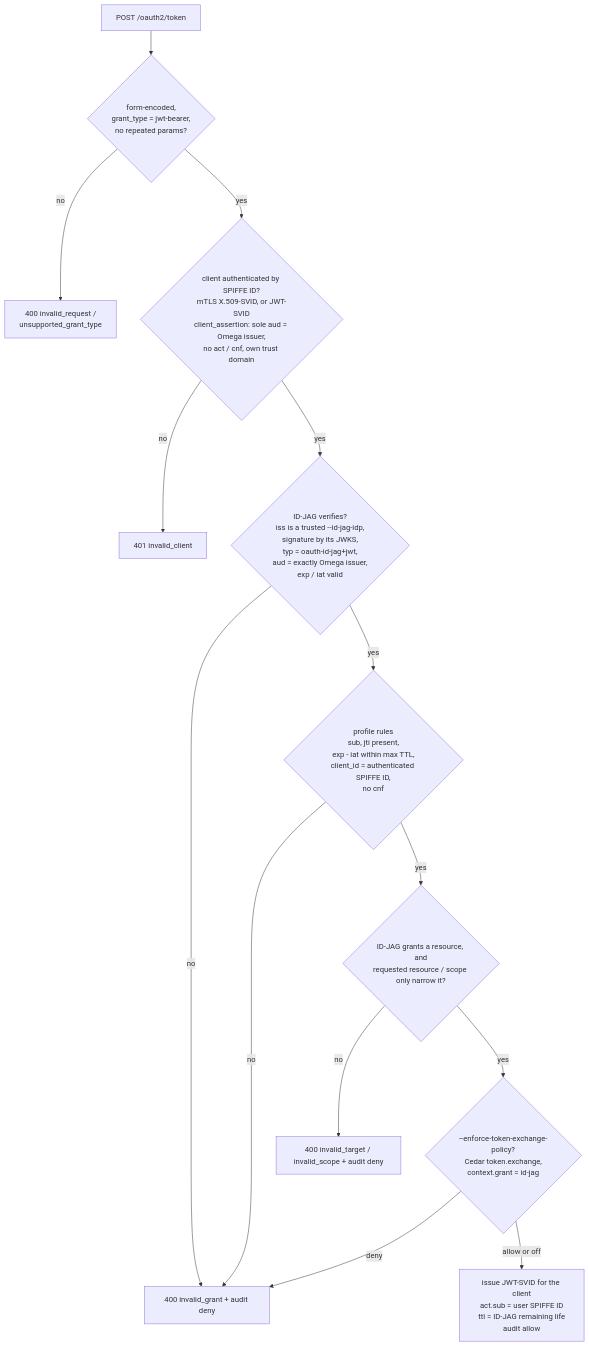
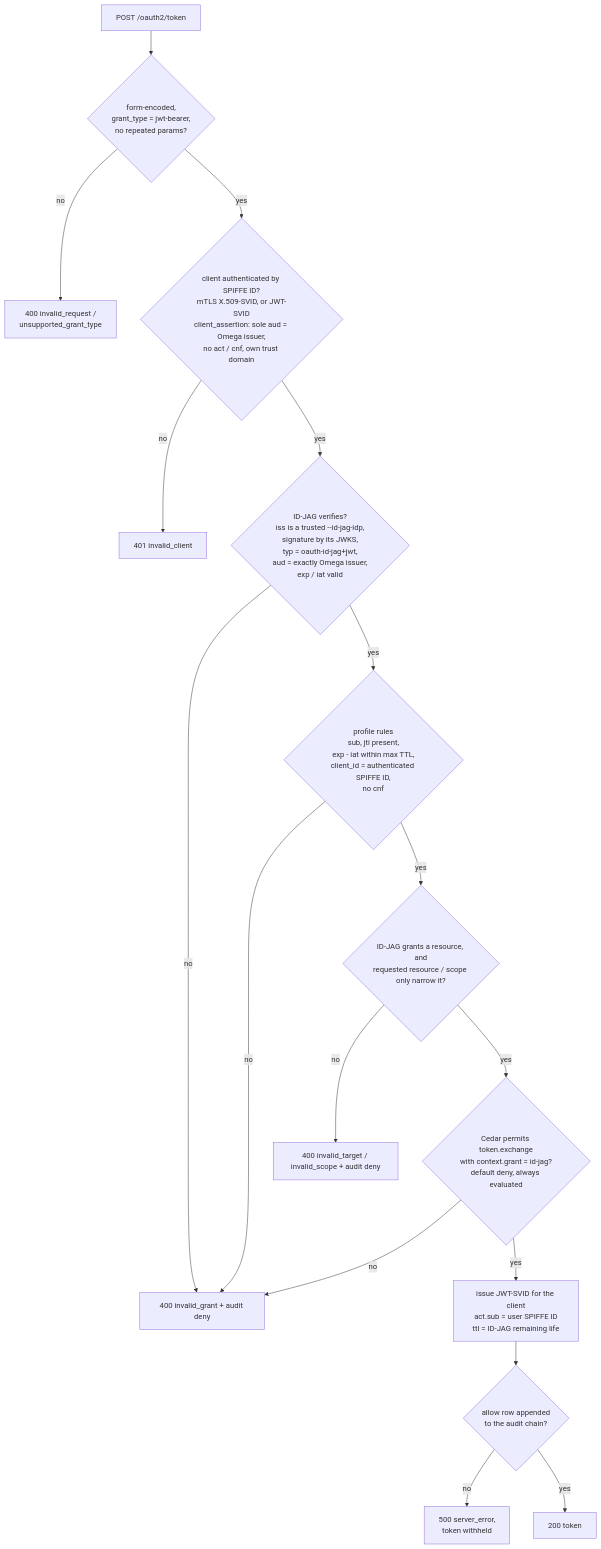
Before and after one commit to kanywst/omega: the third of 5 diagrams in docs/id-jag.md, drawn with Mermaid. The commit also changed other lines of this file and 8 other files, not shown here.

First line of the commit message:
fix(api): always policy-gate ID-JAG grants and withhold the token if its audit row fails

````diff
--- a/docs/id-jag.md
+++ b/docs/id-jag.md
@@ -72,16 +72,19 @@
 ```mermaid
 flowchart TD
   R[POST /oauth2/token] --> F{form-encoded,<br/>grant_type = jwt-bearer,<br/>no repeated params?}
   F -- no --> E1[400 invalid_request /<br/>unsupported_grant_type]
   F -- yes --> C{client authenticated by SPIFFE ID?<br/>mTLS X.509-SVID, or JWT-SVID<br/>client_assertion: sole aud = Omega issuer,<br/>no act / cnf, own trust domain}
   C -- no --> E2[401 invalid_client]
   C -- yes --> V{ID-JAG verifies?<br/>iss is a trusted --id-jag-idp,<br/>signature by its JWKS,<br/>typ = oauth-id-jag+jwt,<br/>aud = exactly Omega issuer,<br/>exp / iat valid}
   V -- no --> E3[400 invalid_grant + audit deny]
   V -- yes --> B{profile rules<br/>sub, jti present,<br/>exp - iat within max TTL,<br/>client_id = authenticated SPIFFE ID,<br/>no cnf}
   B -- no --> E3
   B -- yes --> N{ID-JAG grants a resource, and<br/>requested resource / scope only narrow it?}
   N -- no --> E4[400 invalid_target / invalid_scope + audit deny]
-  N -- yes --> P{--enforce-token-exchange-policy?<br/>Cedar token.exchange,<br/>context.grant = id-jag}
-  P -- deny --> E3
-  P -- allow or off --> I[issue JWT-SVID for the client<br/>act.sub = user SPIFFE ID<br/>ttl = ID-JAG remaining life<br/>audit allow]
+  N -- yes --> P{Cedar permits token.exchange<br/>with context.grant = id-jag?<br/>default deny, always evaluated}
+  P -- no --> E3
+  P -- yes --> I[issue JWT-SVID for the client<br/>act.sub = user SPIFFE ID<br/>ttl = ID-JAG remaining life]
+  I --> AU{allow row appended<br/>to the audit chain?}
+  AU -- no --> E5[500 server_error,<br/>token withheld]
+  AU -- yes --> OK[200 token]
 ```
````
